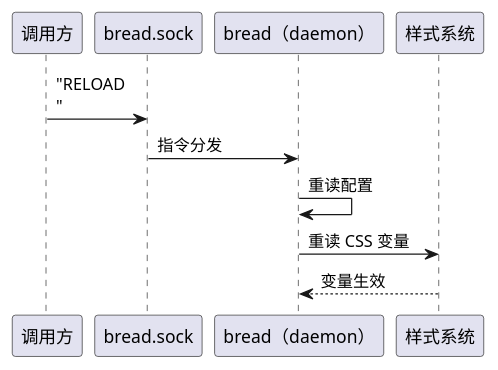
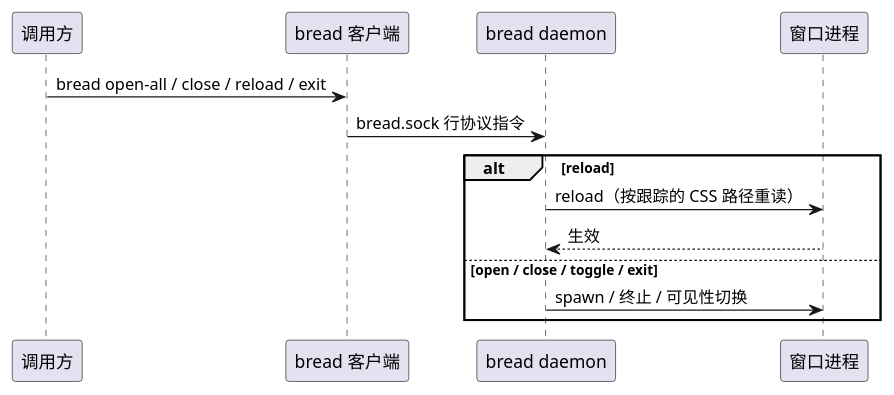
Before and after one commit to 54m43lJ/BreadKnife: the diagram in diagram/breadknife-control-reload.puml, drawn with PlantUML. The commit also changed 10 other files, not shown here.

Commit message:
docs(breadknife): 架构落档——daemon/窗口拆分（ARCH 重写 + 五图重绘）

```diff
--- a/diagram/breadknife-control-reload.puml
+++ b/diagram/breadknife-control-reload.puml
@@ -1,12 +1,15 @@
 @startuml breadknife-control-reload
 participant 调用方
-participant "bread.sock" as sock
-participant "bread（daemon）" as daemon
-participant "样式系统" as style
+participant "bread 客户端" as cli
+participant "bread daemon" as daemon
+participant "窗口进程" as win
 
-调用方 -> sock: "RELOAD\n"
-sock -> daemon: 指令分发
-daemon -> daemon: 重读配置
-daemon -> style: 重读 CSS 变量
-style --> daemon: 变量生效
+调用方 -> cli: bread open-all / close / reload / exit
+cli -> daemon: bread.sock 行协议指令
+alt reload
+  daemon -> win: reload（按跟踪的 CSS 路径重读）
+  win --> daemon: 生效
+else open / close / toggle / exit
+  daemon -> win: spawn / 终止 / 可见性切换
+end
 @enduml
```
